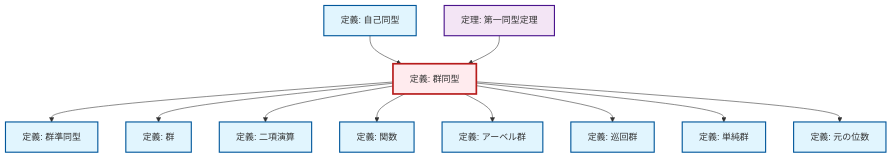
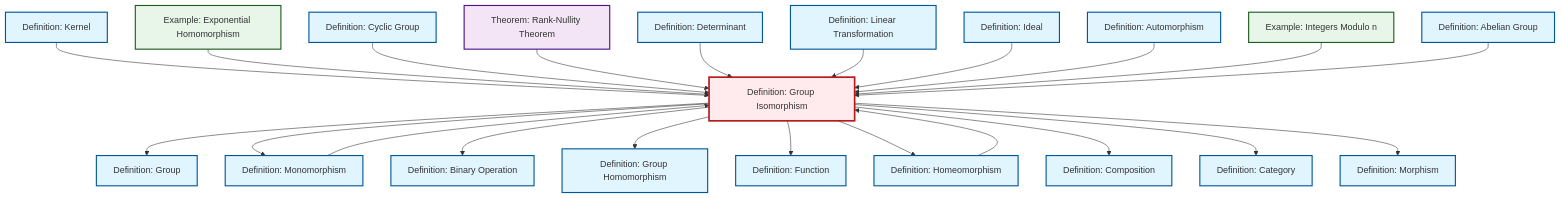
One commit to RK0429/ModernMath changed the diagram in content/ja/algebra/def-isomorphism.qmd. Above: the diagram before and after it, drawn with Mermaid. The commit also changed other lines of this file and 581 other files, not shown here.

````diff
--- a/content/ja/algebra/def-isomorphism.qmd
+++ b/content/ja/algebra/def-isomorphism.qmd
@@ -114,31 +114,70 @@
 ```{mermaid}
-%%| fig-cap: "局所依存関係グラフ"
+%%| fig-cap: "Local dependency graph"
 graph TD
     classDef definition fill:#e1f5fe,stroke:#01579b,stroke-width:2px
     classDef theorem fill:#f3e5f5,stroke:#4a148c,stroke-width:2px
     classDef axiom fill:#fff3e0,stroke:#e65100,stroke-width:2px
     classDef example fill:#e8f5e9,stroke:#1b5e20,stroke-width:2px
     classDef current fill:#ffebee,stroke:#b71c1c,stroke-width:3px
-    def-isomorphism["定義: 群同型"]:::definition
-    def-homomorphism["定義: 群準同型"]:::definition
-    def-group["定義: 群"]:::definition
-    def-binary-operation["定義: 二項演算"]:::definition
-    def-function["定義: 関数"]:::definition
-    def-automorphism["定義: 自己同型"]:::definition
-    thm-first-isomorphism["定理: 第一同型定理"]:::theorem
-    def-abelian-group["定義: アーベル群"]:::definition
-    def-cyclic-group["定義: 巡回群"]:::definition
-    def-simple-group["定義: 単純群"]:::definition
-    def-order["定義: 元の位数"]:::definition
+    def-binary-operation["Definition: Binary Operation"]:::definition
+    def-function["Definition: Function"]:::definition
+    ex-exponential-homomorphism["Example: Exponential Homomorphism"]:::example
+    def-abelian-group["Definition: Abelian Group"]:::definition
+    def-isomorphism["Definition: Group Isomorphism"]:::definition
+    def-cyclic-group["Definition: Cyclic Group"]:::definition
+    def-homeomorphism["Definition: Homeomorphism"]:::definition
+    def-composition["Definition: Composition"]:::definition
+    def-morphism["Definition: Morphism"]:::definition
+    def-category["Definition: Category"]:::definition
+    def-monomorphism["Definition: Monomorphism"]:::definition
+    def-homomorphism["Definition: Group Homomorphism"]:::definition
+    def-determinant["Definition: Determinant"]:::definition
+    thm-rank-nullity["Theorem: Rank-Nullity Theorem"]:::theorem
+    def-kernel["Definition: Kernel"]:::definition
+    def-group["Definition: Group"]:::definition
+    def-ideal["Definition: Ideal"]:::definition
+    def-linear-transformation["Definition: Linear Transformation"]:::definition
+    def-automorphism["Definition: Automorphism"]:::definition
+    ex-quotient-integers-mod-n["Example: Integers Modulo n"]:::example
+    def-homeomorphism --> def-isomorphism
+    def-isomorphism --> def-group
+    def-isomorphism --> def-monomorphism
+    def-kernel --> def-isomorphism
+    def-isomorphism --> def-binary-operation
     def-isomorphism --> def-homomorphism
-    def-isomorphism --> def-group
-    def-isomorphism --> def-binary-operation
     def-isomorphism --> def-function
+    ex-exponential-homomorphism --> def-isomorphism
+    def-cyclic-group --> def-isomorphism
+    thm-rank-nullity --> def-isomorphism
+    def-isomorphism --> def-homeomorphism
+    def-determinant --> def-isomorphism
+    def-linear-transformation --> def-isomorphism
+    def-ideal --> def-isomorphism
     def-automorphism --> def-isomorphism
-    thm-first-isomorphism --> def-isomorphism
-    def-isomorphism --> def-abelian-group
-    def-isomorphism --> def-cyclic-group
-    def-isomorphism --> def-simple-group
-    def-isomorphism --> def-order
+    def-monomorphism --> def-isomorphism
+    def-isomorphism --> def-composition
+    ex-quotient-integers-mod-n --> def-isomorphism
+    def-abelian-group --> def-isomorphism
+    def-isomorphism --> def-category
+    def-isomorphism --> def-morphism
     class def-isomorphism current
+    click def-binary-operation "def-binary-operation.html" "Definition: Binary Operationへ"
+    click def-function "def-function.html" "Definition: Functionへ"
+    click ex-exponential-homomorphism "ex-exponential-homomorphism.html" "Example: Exponential Homomorphismへ"
+    click def-abelian-group "def-abelian-group.html" "Definition: Abelian Groupへ"
+    click def-cyclic-group "def-cyclic-group.html" "Definition: Cyclic Groupへ"
+    click def-homeomorphism "def-homeomorphism.html" "Definition: Homeomorphismへ"
+    click def-composition "def-composition.html" "Definition: Compositionへ"
+    click def-morphism "def-morphism.html" "Definition: Morphismへ"
+    click def-category "def-category.html" "Definition: Categoryへ"
+    click def-monomorphism "def-monomorphism.html" "Definition: Monomorphismへ"
+    click def-homomorphism "def-homomorphism.html" "Definition: Group Homomorphismへ"
+    click def-determinant "def-determinant.html" "Definition: Determinantへ"
+    click thm-rank-nullity "thm-rank-nullity.html" "Theorem: Rank-Nullity Theoremへ"
+    click def-kernel "def-kernel.html" "Definition: Kernelへ"
+    click def-group "def-group.html" "Definition: Groupへ"
+    click def-ideal "def-ideal.html" "Definition: Idealへ"
+    click def-linear-transformation "def-linear-transformation.html" "Definition: Linear Transformationへ"
+    click def-automorphism "def-automorphism.html" "Definition: Automorphismへ"
+    click ex-quotient-integers-mod-n "ex-quotient-integers-mod-n.html" "Example: Integers Modulo nへ"
 ```
````
